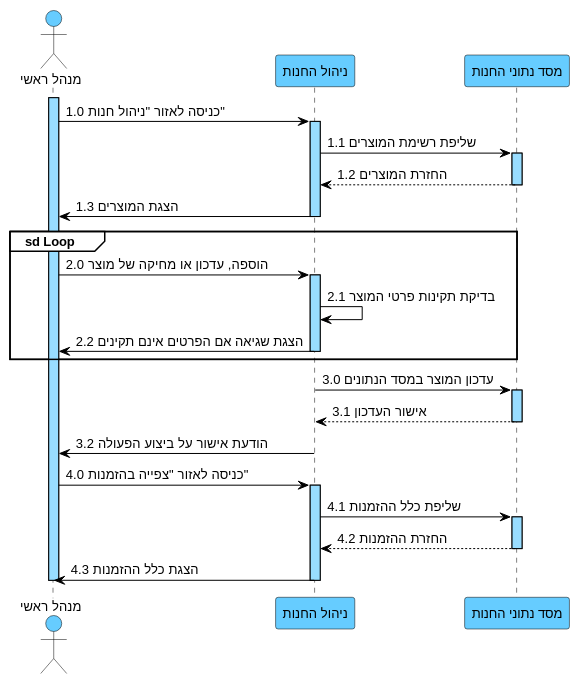
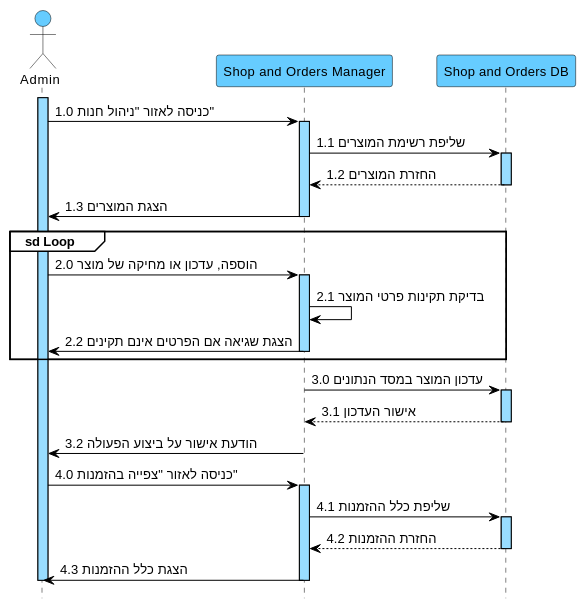
Before and after one commit to arielkaplan20/GOLDEN_HAIR_SALOAN: the diagram in docs/diagrams/puml/12-seq-suc12-ניהול-חנות.puml, drawn with PlantUML. The commit also changed 26 other files, not shown here.

```diff
--- a/docs/diagrams/puml/12-seq-suc12-ניהול-חנות.puml
+++ b/docs/diagrams/puml/12-seq-suc12-ניהול-חנות.puml
@@ -1,60 +1,61 @@
 @startuml
+hide footbox
 skinparam backgroundColor white
 skinparam defaultFontName Arial
 skinparam defaultFontSize 13
 skinparam sequence {
 ArrowColor black
 ArrowFontColor black
 ActorBorderColor black
 ActorBackgroundColor #66CCFF
 LifeLineBorderColor black
 LifeLineBackgroundColor #99DDFF
 ParticipantBorderColor black
 ParticipantBackgroundColor #66CCFF
 ParticipantFontColor black
 ParticipantFontSize 13
 GroupBorderColor black
 GroupBackgroundColor white
 GroupHeaderFontColor black
 }
 
-actor "מנהל ראשי" as A
-participant "ניהול החנות" as SM
-participant "מסד נתוני החנות" as DB
+actor "Admin" as A
+participant "Shop and Orders Manager" as SM
+participant "Shop and Orders DB" as DB
 
 activate A
 A -> SM : 1.0 כניסה לאזור "ניהול חנות"
 activate SM
 SM -> DB : 1.1 שליפת רשימת המוצרים
 activate DB
 DB --> SM : 1.2 החזרת המוצרים
 deactivate DB
 SM -> A : 1.3 הצגת המוצרים
 deactivate SM
 
 group sd Loop
 A -> SM : 2.0 הוספה, עדכון או מחיקה של מוצר
 activate SM
 SM -> SM : 2.1 בדיקת תקינות פרטי המוצר
 SM -> A : 2.2 הצגת שגיאה אם הפרטים אינם תקינים
 deactivate SM
 end
 
 activate SM
 SM -> DB : 3.0 עדכון המוצר במסד הנתונים
 activate DB
 DB --> SM : 3.1 אישור העדכון
 deactivate DB
 SM -> A : 3.2 הודעת אישור על ביצוע הפעולה
 deactivate SM
 
 A -> SM : 4.0 כניסה לאזור "צפייה בהזמנות"
 activate SM
 SM -> DB : 4.1 שליפת כלל ההזמנות
 activate DB
 DB --> SM : 4.2 החזרת ההזמנות
 deactivate DB
 SM -> A : 4.3 הצגת כלל ההזמנות
 deactivate SM
 deactivate A
 @enduml
```
